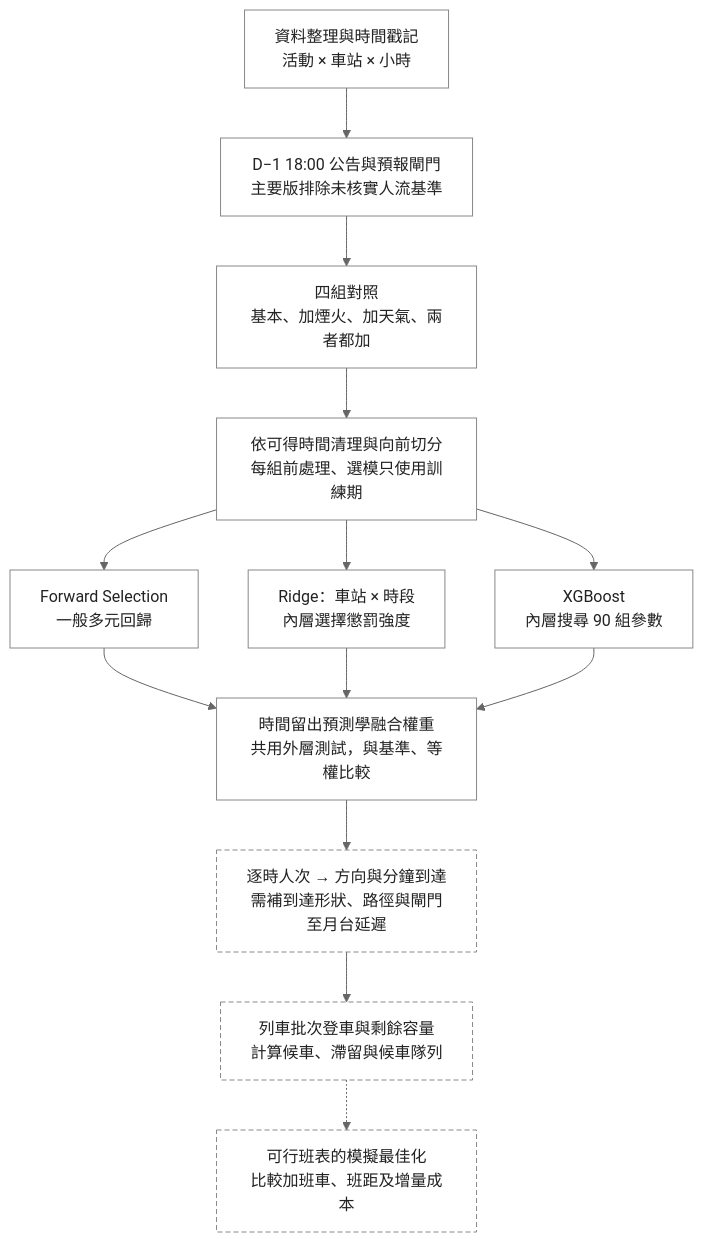
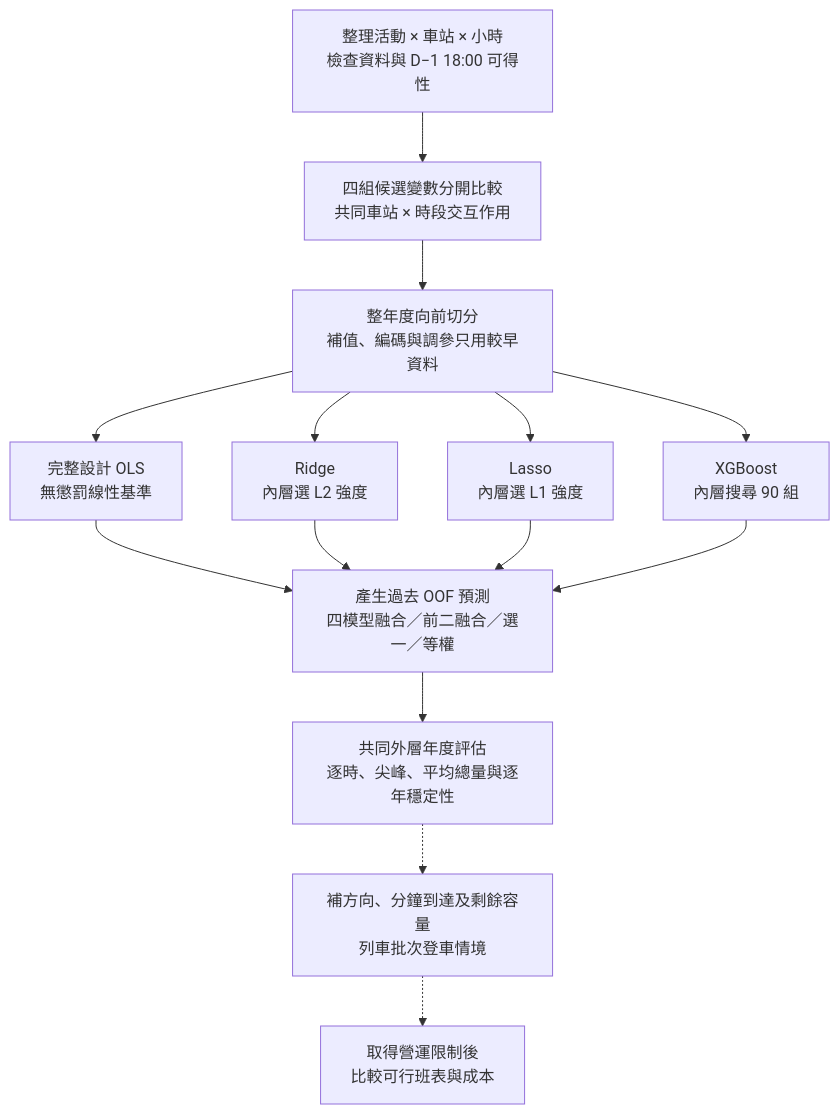
Before and after one commit to 410911316/Statistical-Practice-final: the diagram in README.md, drawn with Mermaid. The commit also changed other lines of this file and 89 other files, not shown here.

````diff
--- a/README.md
+++ b/README.md
@@ -173,31 +135,18 @@
 ```mermaid
 flowchart TD
-    A["資料整理與時間戳記<br/>活動 × 車站 × 小時"]
-    J["D−1 18:00 公告與預報閘門<br/>主要版排除未核實人流基準"]
-    K["四組對照<br/>基本、加煙火、加天氣、兩者都加"]
-    B["依可得時間清理與向前切分<br/>每組前處理、選模只使用訓練期"]
-    C["Forward Selection<br/>一般多元回歸"]
-    D["Ridge：車站 × 時段<br/>內層選擇懲罰強度"]
-    E["XGBoost<br/>內層搜尋 90 組參數"]
-    F["時間留出預測學融合權重<br/>共用外層測試，與基準、等權比較"]
-    G["逐時人次 → 方向與分鐘到達<br/>需補到達形狀、路徑與閘門至月台延遲"]
-    H["列車批次登車與剩餘容量<br/>計算候車、滯留與候車隊列"]
-    I["可行班表的模擬最佳化<br/>比較加班車、班距及增量成本"]
-    A --> J
-    J --> K
-    K --> B
-    B --> C
-    B --> D
-    B --> E
-    C --> F
-    D --> F
-    E --> F
-    F --> G
-    G --> H
-    H -.-> I
-    classDef completed fill:#fff,stroke:#888,color:#222,stroke-width:1px;
-    classDef assumed fill:#fff,stroke:#888,color:#222,stroke-width:1px,stroke-dasharray:5 3;
-    class A,J,K,B,C,D,E,F completed;
-    class G,H,I assumed;
-    linkStyle default stroke:#666,stroke-width:1px;
+    A["整理活動 × 車站 × 小時<br/>檢查資料與 D−1 18:00 可得性"]
+    B["四組候選變數分開比較<br/>共同車站 × 時段交互作用"]
+    C["整年度向前切分<br/>補值、編碼與調參只用較早資料"]
+    D["完整設計 OLS<br/>無懲罰線性基準"]
+    E["Ridge<br/>內層選 L2 強度"]
+    F["Lasso<br/>內層選 L1 強度"]
+    G["XGBoost<br/>內層搜尋 90 組"]
+    H["產生過去 OOF 預測<br/>四模型融合／前二融合／選一／等權"]
+    I["共同外層年度評估<br/>逐時、尖峰、平均總量與逐年穩定性"]
+    J["補方向、分鐘到達及剩餘容量<br/>列車批次登車情境"]
+    K["取得營運限制後<br/>比較可行班表與成本"]
+    A --> B --> C
+    C --> D & E & F & G
+    D & E & F & G --> H --> I
+    I -.-> J -.-> K
 ```
````
